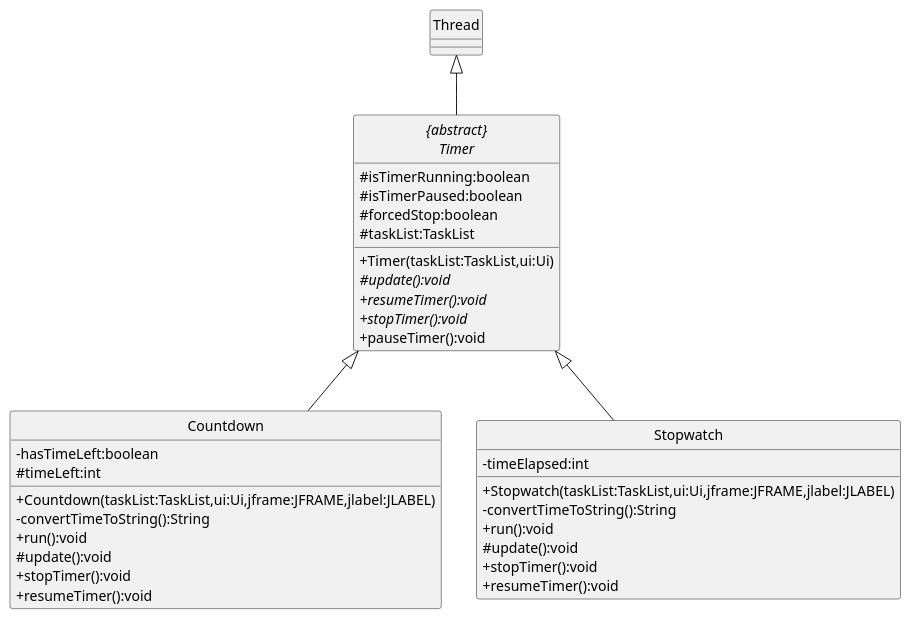
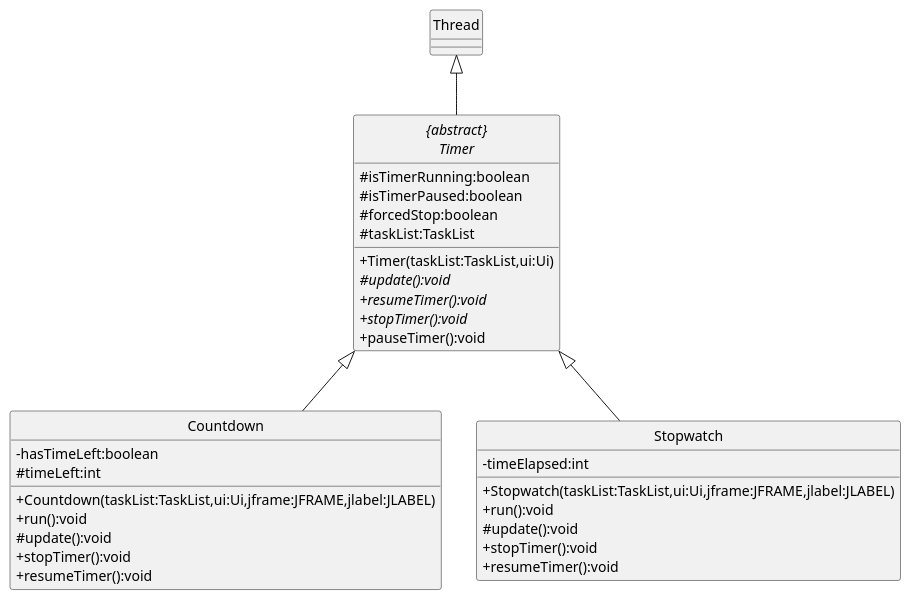
Before and after one commit to nus-cs2113-AY2122S2/tp: the diagram in docs/puml/TimerClassDiagram.puml, drawn with PlantUML. The commit also changed 4 other files, not shown here.

```diff
--- a/docs/puml/TimerClassDiagram.puml
+++ b/docs/puml/TimerClassDiagram.puml
@@ -1,47 +1,45 @@
 @startuml
 'https://plantuml.com/class-diagram
 skinparam classAttributeIconSize 0
 hide circle
 abstract class "{abstract}\nTimer" as Timer
 class Countdown
 class Stopwatch
 
 Thread <|-- Timer
 Timer <|-- Countdown
 Timer <|-- Stopwatch
 
 
 abstract class Timer {
     # isTimerRunning:boolean
     # isTimerPaused:boolean
     # forcedStop:boolean
     # taskList:TaskList
     + Timer(taskList:TaskList,ui:Ui)
     # update():void {abstract}
     + resumeTimer():void {abstract}
     + stopTimer():void {abstract}
     + pauseTimer():void
 }
 
 class Countdown {
     -hasTimeLeft:boolean
     #timeLeft:int
     +Countdown(taskList:TaskList,ui:Ui,jframe:JFRAME,jlabel:JLABEL)
-    -convertTimeToString():String
     +run():void
     #update():void
     +stopTimer():void
     +resumeTimer():void
 }
 
 class Stopwatch {
     -timeElapsed:int
     +Stopwatch(taskList:TaskList,ui:Ui,jframe:JFRAME,jlabel:JLABEL)
-    -convertTimeToString():String
     +run():void
     #update():void
     +stopTimer():void
     +resumeTimer():void
 }
 
 @enduml
```
